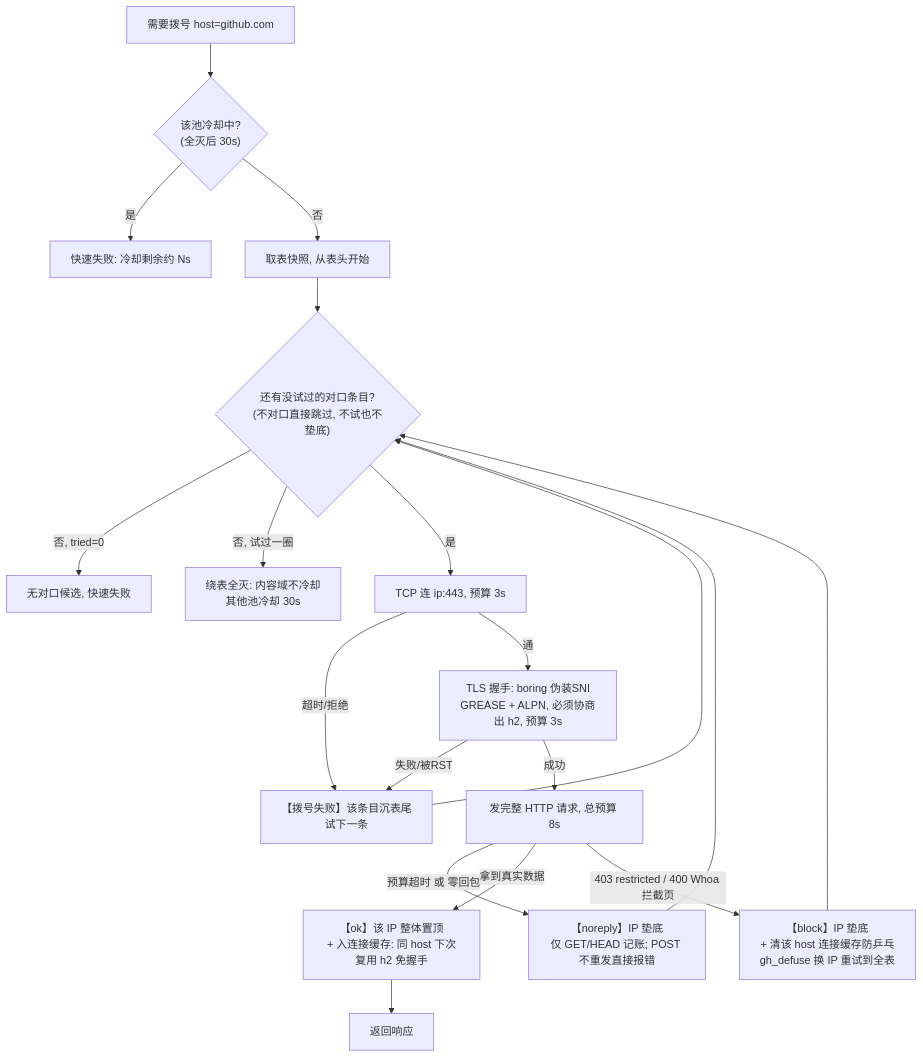
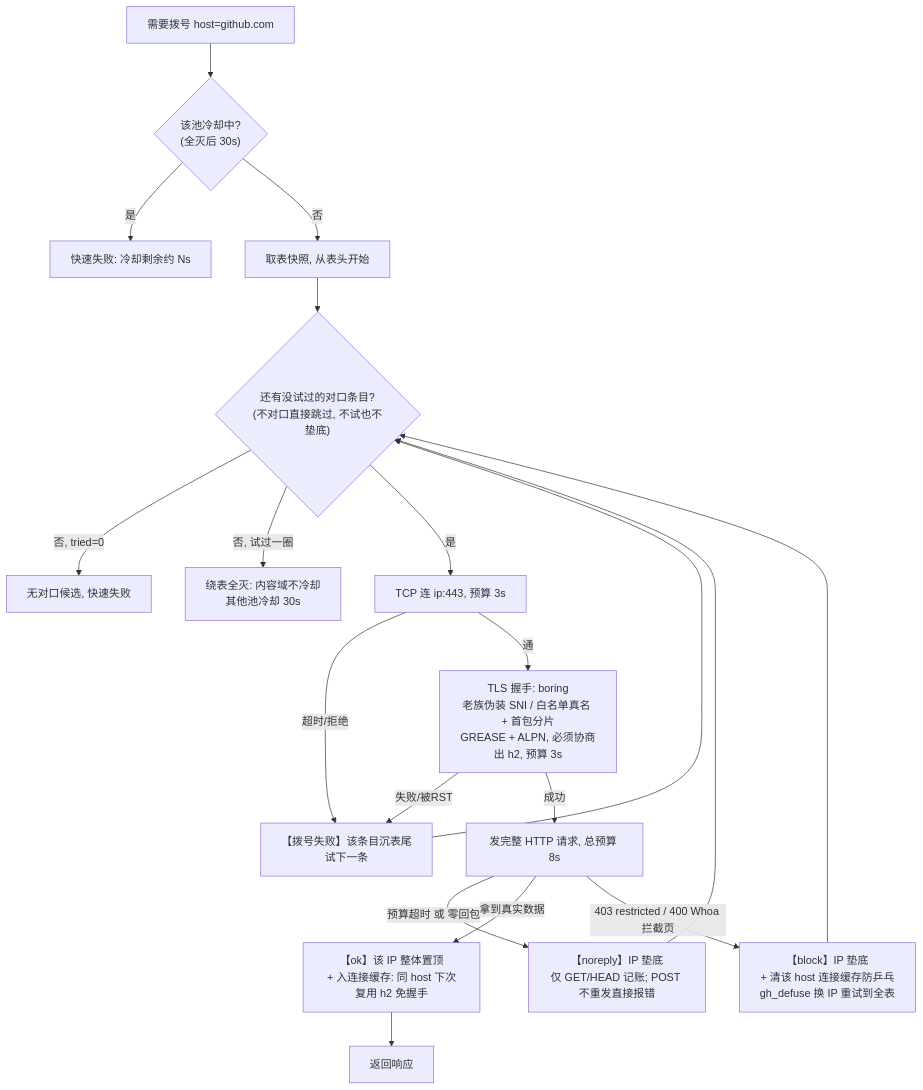
Before and after one commit to zhidian-cmd/gitport-github: the second of 2 diagrams in docs/ARCHITECTURE.md, drawn with Mermaid. The commit also changed other lines of this file and 4 other files, not shown here.

````diff
--- a/docs/ARCHITECTURE.md
+++ b/docs/ARCHITECTURE.md
@@ -116,21 +133,21 @@
 ```mermaid
 flowchart TD
     S["需要拨号 host=github.com"] --> T{"该池冷却中?<br/>(全灭后 30s)"}
     T -->|"是"| TERR["快速失败: 冷却剩余约 Ns"]
     T -->|"否"| U["取表快照, 从表头开始"]
     U --> V{"还有没试过的对口条目?<br/>(不对口直接跳过, 不试也不垫底)"}
     V -->|"否, tried=0"| W["无对口候选, 快速失败"]
     V -->|"否, 试过一圈"| W1["绕表全灭: 内容域不冷却<br/>其他池冷却 30s"]
     V -->|"是"| X["TCP 连 ip:443, 预算 3s"]
     X -->|"超时/拒绝"| Y["【拨号失败】该条目沉表尾<br/>试下一条"]
-    X -->|"通"| Z["TLS 握手: boring 伪装SNI<br/>GREASE + ALPN, 必须协商出 h2, 预算 3s"]
+    X -->|"通"| Z["TLS 握手: boring<br/>老族伪装 SNI / 白名单真名 + 首包分片<br/>GREASE + ALPN, 必须协商出 h2, 预算 3s"]
     Z -->|"失败/被RST"| Y
     Z -->|"成功"| AA["发完整 HTTP 请求, 总预算 8s"]
     AA -->|"预算超时 或 零回包"| AB["【noreply】IP 垫底<br/>仅 GET/HEAD 记账; POST 不重发直接报错"]
     AA -->|"拿到真实数据"| AC["【ok】该 IP 整体置顶<br/>+ 入连接缓存: 同 host 下次复用 h2 免握手"]
     AA -->|"403 restricted / 400 Whoa 拦截页"| AE["【block】IP 垫底<br/>+ 清该 host 连接缓存防乒乓<br/>gh_defuse 换 IP 重试到全表"]
     Y --> V
     AB --> V
     AE --> V
     AC --> DONE["返回响应"]
 ```
````
